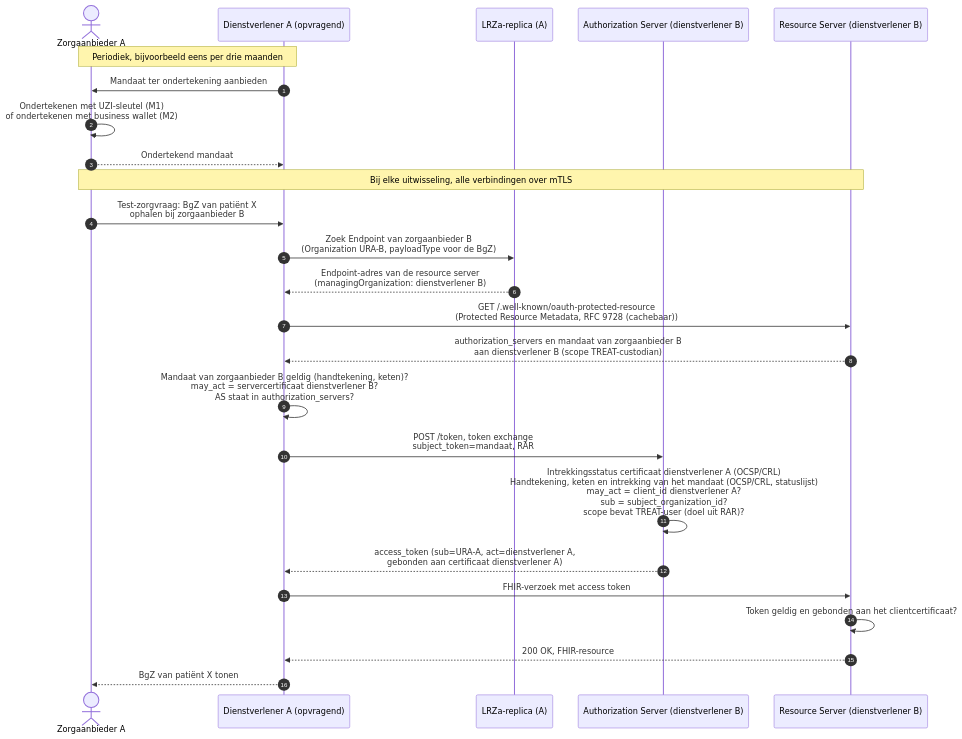
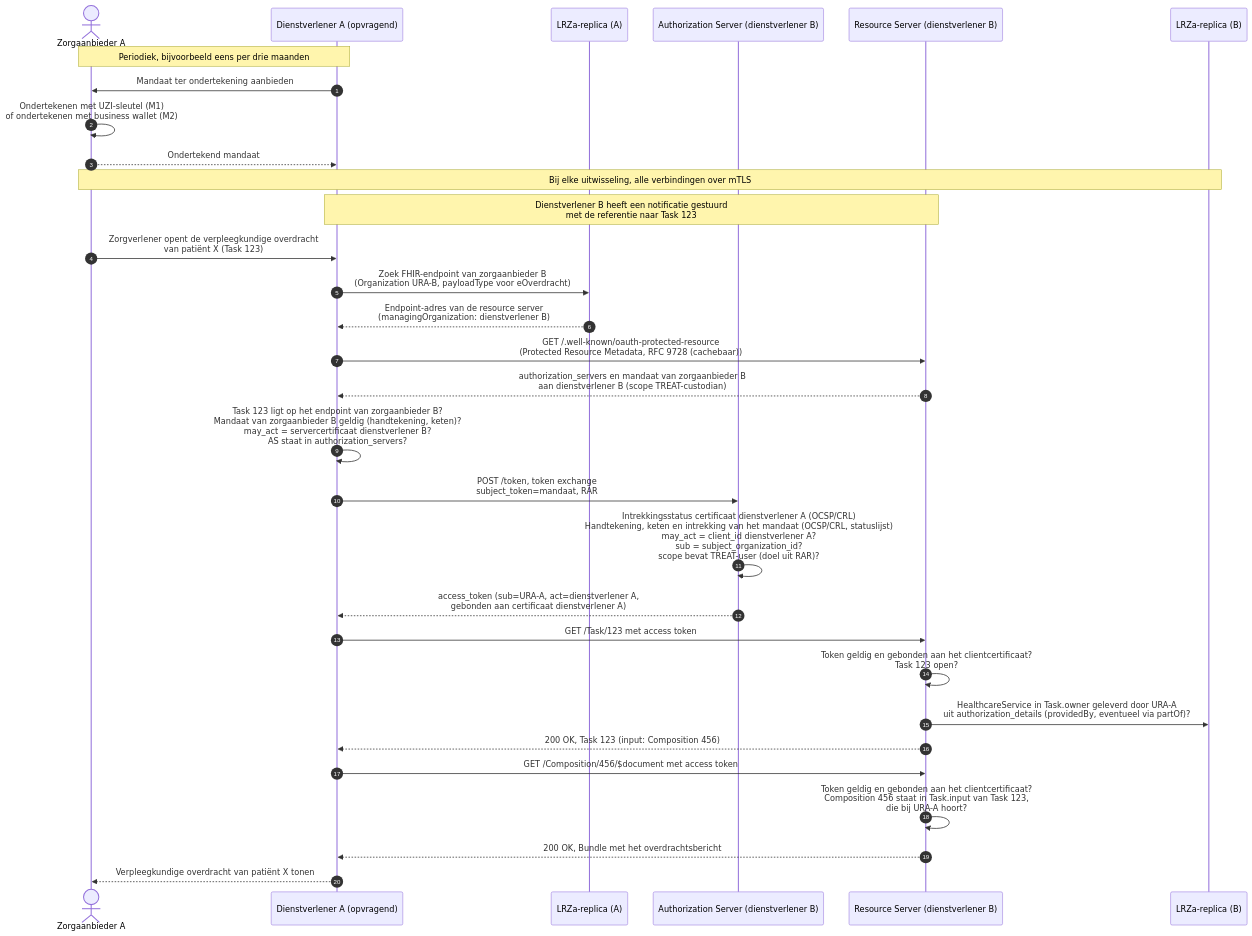
The first of 2 diagrams in input/pagecontent/authenticatie-en-autorisatie-vervolg-mandaat-clientregistratie.md (minvws/generiekefuncties-docs), drawn with Mermaid before and after one commit. The commit also changed other lines of this file and 2 other files, not shown here.

````diff
--- a/input/pagecontent/authenticatie-en-autorisatie-vervolg-mandaat-clientregistratie.md
+++ b/input/pagecontent/authenticatie-en-autorisatie-vervolg-mandaat-clientregistratie.md
@@ -370,29 +303,35 @@
 ```mermaid
 sequenceDiagram
     autonumber
     actor ZA as Zorgaanbieder A
     participant DA as Dienstverlener A (opvragend)
     participant RepA as LRZa-replica (A)
     participant AS as Authorization Server (dienstverlener B)
     participant RS as Resource Server (dienstverlener B)
+    participant RepB as LRZa-replica (B)
 
     Note over ZA,DA: Periodiek, bijvoorbeeld eens per drie maanden
     DA->>ZA: Mandaat ter ondertekening aanbieden
     ZA->>ZA: Ondertekenen met UZI-sleutel (M1)<br/>of ondertekenen met business wallet (M2)
     ZA-->>DA: Ondertekend mandaat
 
-    Note over ZA,RS: Bij elke uitwisseling, alle verbindingen over mTLS
-    ZA->>DA: Test-zorgvraag: BgZ van patiënt X<br/>ophalen bij zorgaanbieder B
-    DA->>RepA: Zoek Endpoint van zorgaanbieder B<br/>(Organization URA-B, payloadType voor de BgZ)
+    Note over ZA,RepB: Bij elke uitwisseling, alle verbindingen over mTLS
+    Note over DA,RS: Dienstverlener B heeft een notificatie gestuurd<br/>met de referentie naar Task 123
+    ZA->>DA: Zorgverlener opent de verpleegkundige overdracht<br/>van patiënt X (Task 123)
+    DA->>RepA: Zoek FHIR-endpoint van zorgaanbieder B<br/>(Organization URA-B, payloadType voor eOverdracht)
     RepA-->>DA: Endpoint-adres van de resource server<br/>(managingOrganization: dienstverlener B)
     DA->>RS: GET /.well-known/oauth-protected-resource<br/>(Protected Resource Metadata, RFC 9728 (cachebaar))
     RS-->>DA: authorization_servers en mandaat van zorgaanbieder B<br/>aan dienstverlener B (scope TREAT-custodian)
-    DA->>DA: Mandaat van zorgaanbieder B geldig (handtekening, keten)?<br/>may_act = servercertificaat dienstverlener B?<br/>AS staat in authorization_servers?
+    DA->>DA: Task 123 ligt op het endpoint van zorgaanbieder B?<br/>Mandaat van zorgaanbieder B geldig (handtekening, keten)?<br/>may_act = servercertificaat dienstverlener B?<br/>AS staat in authorization_servers?
     DA->>AS: POST /token, token exchange<br/>subject_token=mandaat, RAR
     AS->>AS: Intrekkingsstatus certificaat dienstverlener A (OCSP/CRL)<br/>Handtekening, keten en intrekking van het mandaat (OCSP/CRL, statuslijst)<br/>may_act = client_id dienstverlener A?<br/>sub = subject_organization_id?<br/>scope bevat TREAT-user (doel uit RAR)?
     AS-->>DA: access_token (sub=URA-A, act=dienstverlener A,<br/>gebonden aan certificaat dienstverlener A)
-    DA->>RS: FHIR-verzoek met access token
-    RS->>RS: Token geldig en gebonden aan het clientcertificaat?
-    RS-->>DA: 200 OK, FHIR-resource
-    DA-->>ZA: BgZ van patiënt X tonen
+    DA->>RS: GET /Task/123 met access token
+    RS->>RS: Token geldig en gebonden aan het clientcertificaat?<br/>Task 123 open?
+    RS->>RepB: HealthcareService in Task.owner geleverd door URA-A<br/>uit authorization_details (providedBy, eventueel via partOf)?
+    RS-->>DA: 200 OK, Task 123 (input: Composition 456)
+    DA->>RS: GET /Composition/456/$document met access token
+    RS->>RS: Token geldig en gebonden aan het clientcertificaat?<br/>Composition 456 staat in Task.input van Task 123,<br/>die bij URA-A hoort?
+    RS-->>DA: 200 OK, Bundle met het overdrachtsbericht
+    DA-->>ZA: Verpleegkundige overdracht van patiënt X tonen
 ```
````
